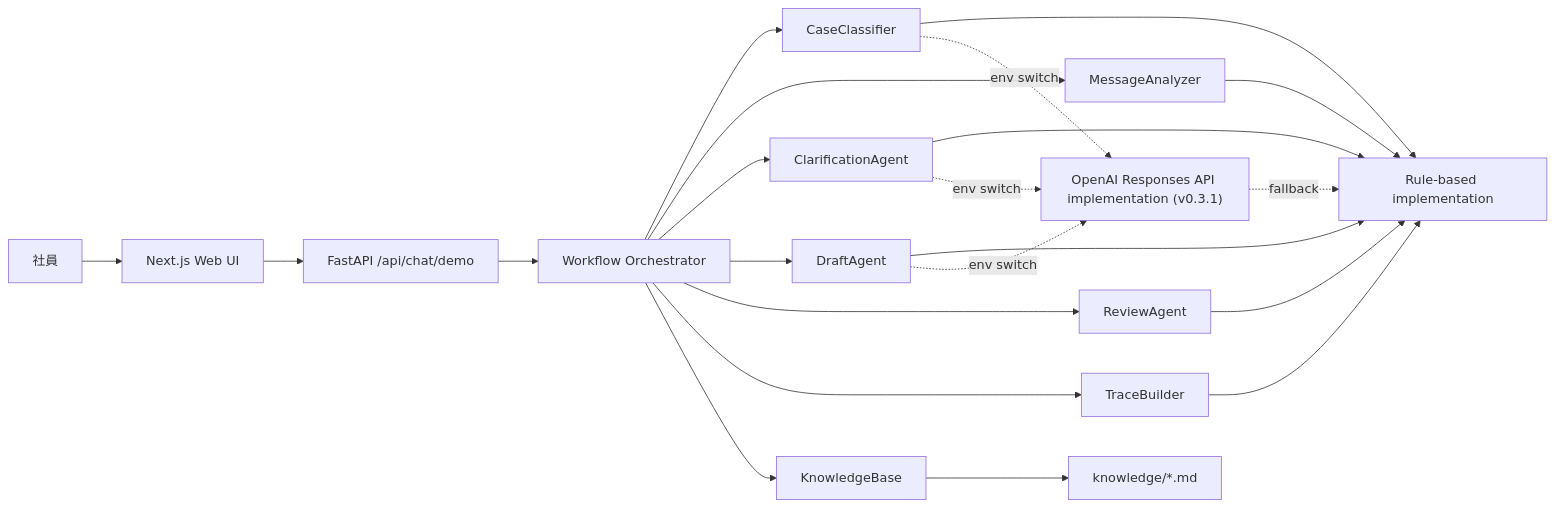
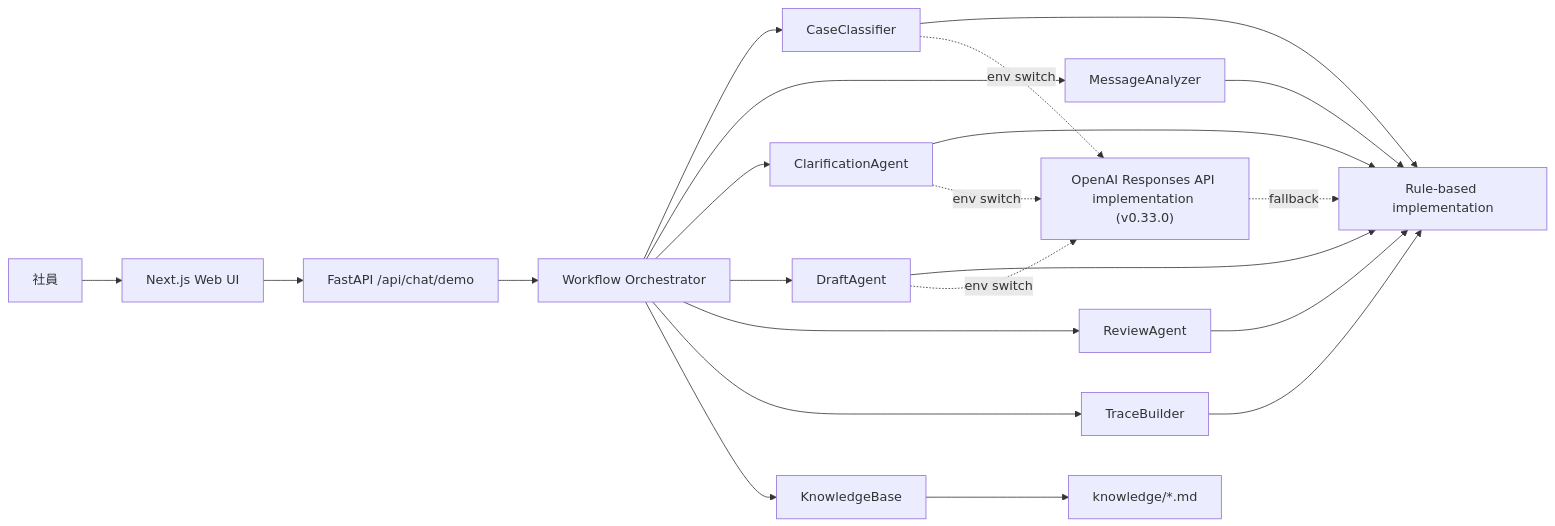
The diagram in docs/architecture.md (noki8188/shinsei-agent-navigator), drawn with Mermaid before and after one commit. The commit also changed other lines of this file and 8 other files, not shown here.

````diff
--- a/docs/architecture.md
+++ b/docs/architecture.md
@@ -10,24 +10,24 @@
 ```mermaid
 flowchart LR
     U["社員"] --> F["Next.js Web UI"]
     F --> API["FastAPI /api/chat/demo"]
     API --> O["Workflow Orchestrator"]
     O --> CC["CaseClassifier"]
     O --> MA["MessageAnalyzer"]
     O --> CA["ClarificationAgent"]
     O --> DA["DraftAgent"]
     O --> RA["ReviewAgent"]
     O --> TB["TraceBuilder"]
     O --> KB["KnowledgeBase"]
     KB --> K["knowledge/*.md"]
     CC --> R1["Rule-based implementation"]
     MA --> R1
     CA --> R1
     DA --> R1
     RA --> R1
     TB --> R1
-    CC -. env switch .-> L1["OpenAI Responses API implementation (v0.3.1)"]
+    CC -. env switch .-> L1["OpenAI Responses API implementation (v0.33.0)"]
     CA -. env switch .-> L1
     DA -. env switch .-> L1
     L1 -. fallback .-> R1
 ```
````
